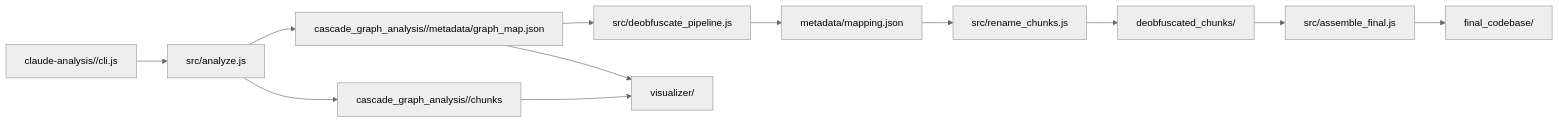
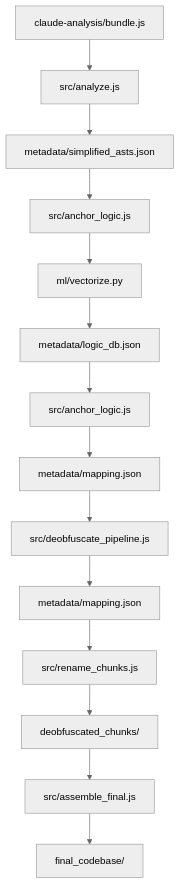
Before and after one commit to whit3rabbit/cascade-cc: the diagram in AGENTS.md, drawn with Mermaid (neutral theme). The commit also changed other lines of this file and 13 other files, not shown here.

````diff
--- a/AGENTS.md
+++ b/AGENTS.md
@@ -39,14 +42,16 @@
 ```mermaid
-flowchart LR
-  A[claude-analysis/<version>/cli.js] --> B[src/analyze.js]
-  B --> C[cascade_graph_analysis/<version>/chunks]
-  B --> D[cascade_graph_analysis/<version>/metadata/graph_map.json]
-  D --> E[src/deobfuscate_pipeline.js]
-  E --> F[metadata/mapping.json]
-  F --> G[src/rename_chunks.js]
-  G --> H[deobfuscated_chunks/]
-  H --> J[src/assemble_final.js]
-  J --> K[final_codebase/]
-  C --> I[visualizer/]
-  D --> I
+flowchart TD
+  A[claude-analysis/bundle.js] --> B[src/analyze.js]
+  B --> C[metadata/simplified_asts.json]
+  C --> D[src/anchor_logic.js]
+  D --> E[ml/vectorize.py]
+  E --> F[metadata/logic_db.json]
+  F --> G[src/anchor_logic.js]
+  G --> H[metadata/mapping.json]
+  H --> I[src/deobfuscate_pipeline.js]
+  I --> J[metadata/mapping.json]
+  J --> K[src/rename_chunks.js]
+  K --> L[deobfuscated_chunks/]
+  L --> M[src/assemble_final.js]
+  M --> N[final_codebase/]
 ```
````
